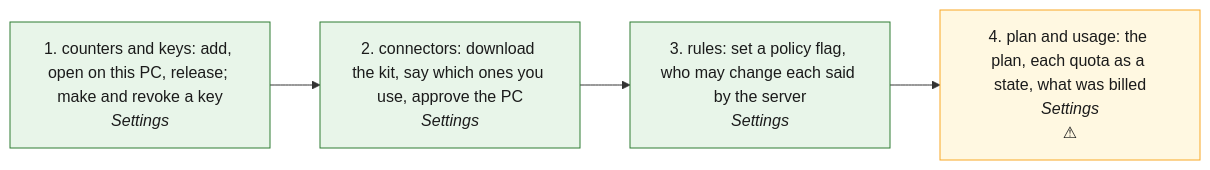
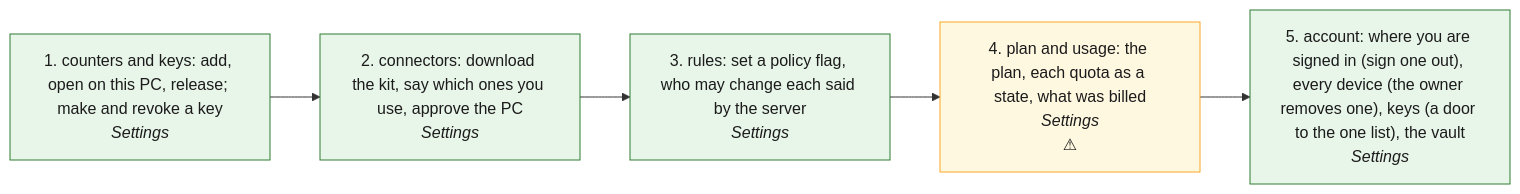
One commit to maharishia07/chitbridge-web changed the diagram in docs/process/SET.md. Above: the diagram before and after it, drawn with Mermaid. The commit also changed other lines of this file and 16 other files, not shown here.

First line of the commit message:
feat(web): T3-P4-ACCOUNT — CB Settings › Account (Sessions · every device · keys door · Vault) and CB Finance › Reports over the server's one measurement

````diff
--- a/docs/process/SET.md
+++ b/docs/process/SET.md
@@ -7,13 +7,14 @@
 ```mermaid
 flowchart LR
   S1["1. counters and keys: add, open on this PC, release; make and revoke a key<br/><i>Settings</i>"]
   S2["2. connectors: download the kit, say which ones you use, approve the PC<br/><i>Settings</i>"]
   S3["3. rules: set a policy flag, who may change each said by the server<br/><i>Settings</i>"]
   S4["4. plan and usage: the plan, each quota as a state, what was billed<br/><i>Settings</i><br/>⚠"]
-  S1 --> S2 --> S3 --> S4
+  S5["5. account: where you are signed in (sign one out), every device (the owner removes one), keys (a door to the one list), the vault<br/><i>Settings</i>"]
+  S1 --> S2 --> S3 --> S4 --> S5
   classDef ok fill:#e8f5e9,stroke:#2e7d32,color:#1b1b1b
   classDef warn fill:#fff8e1,stroke:#f9a825,color:#1b1b1b
   classDef missing fill:#fafafa,stroke:#9e9e9e,stroke-dasharray:5 5,color:#616161
-  class S1,S2,S3 ok
+  class S1,S2,S3,S5 ok
   class S4 warn
 ```
````
